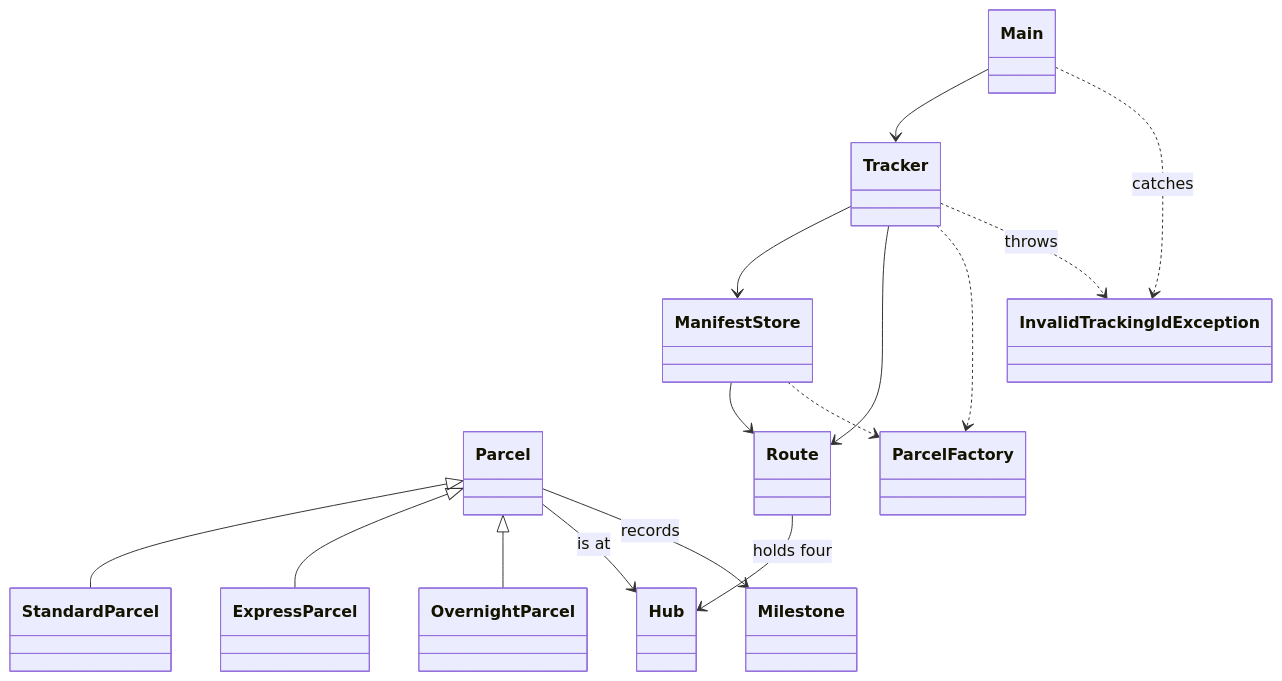
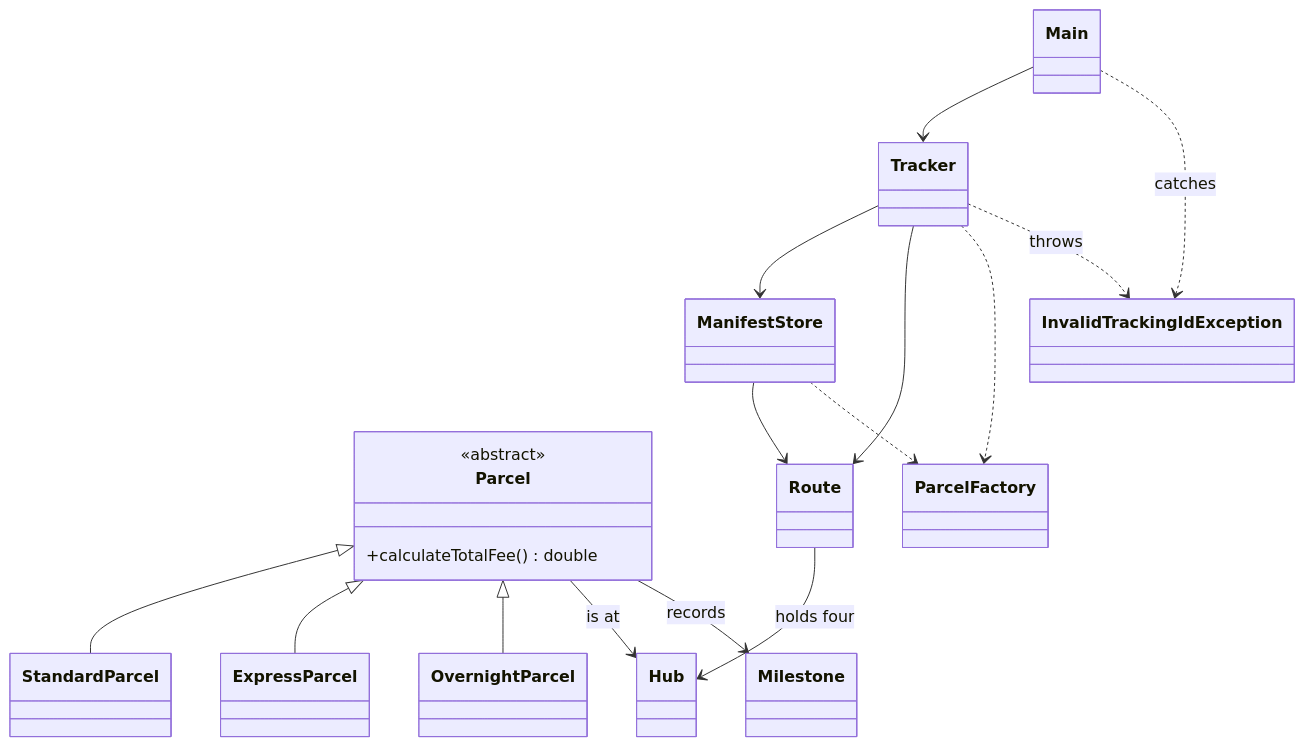
One commit to VerdantNightshade/ParcelTrackingSim changed the diagram in docs/DESIGN-OPTIONS.md. Above: the diagram before and after it, drawn with Mermaid. The commit also changed other lines of this file and 1 other file, not shown here.

First line of the commit message:
docs(guide): make Parcel abstract with a per-speed fee method

````diff
--- a/docs/DESIGN-OPTIONS.md
+++ b/docs/DESIGN-OPTIONS.md
@@ -11,17 +14,21 @@
 ```mermaid
 classDiagram
+    class Parcel {
+        <<abstract>>
+        +calculateTotalFee() double
+    }
     Parcel <|-- StandardParcel
     Parcel <|-- ExpressParcel
     Parcel <|-- OvernightParcel
     Parcel --> Hub : is at
     Parcel --> Milestone : records
     Route --> Hub : holds four
     ManifestStore --> Route
     ManifestStore ..> ParcelFactory
     Tracker --> ManifestStore
     Tracker --> Route
     Tracker ..> ParcelFactory
     Tracker ..> InvalidTrackingIdException : throws
     Main --> Tracker
     Main ..> InvalidTrackingIdException : catches
 ```
````
